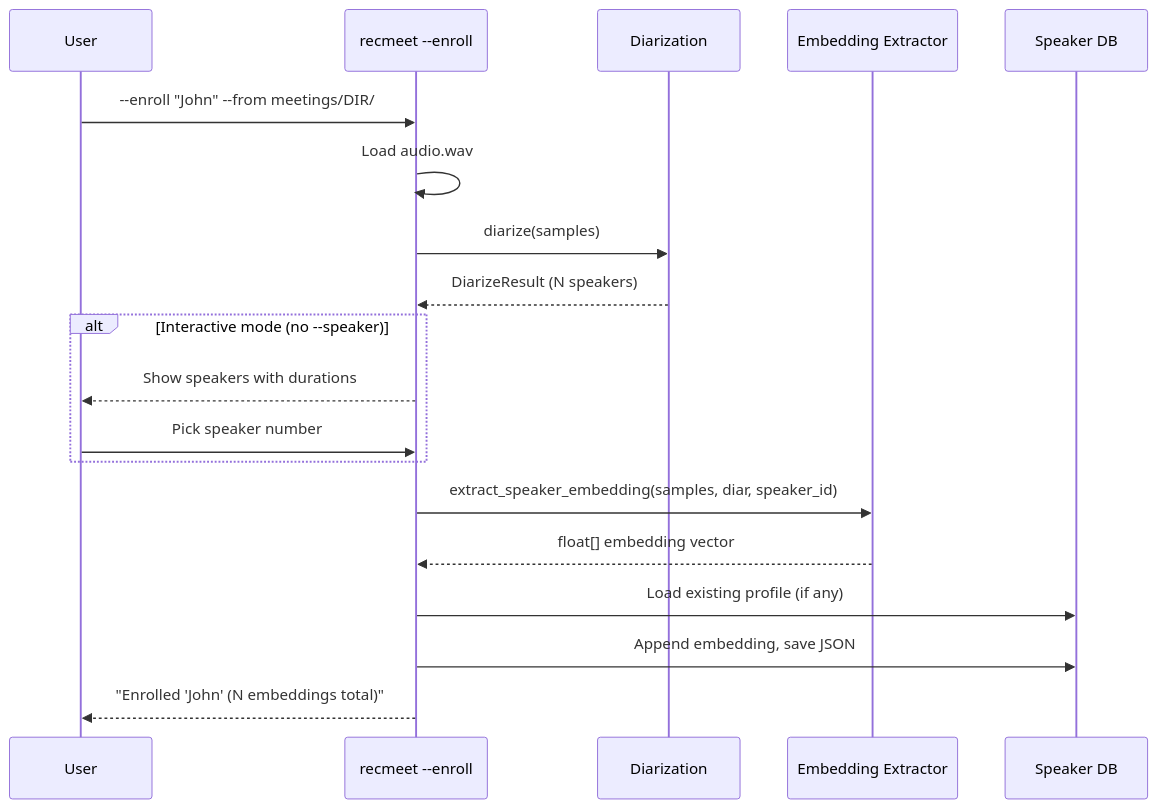
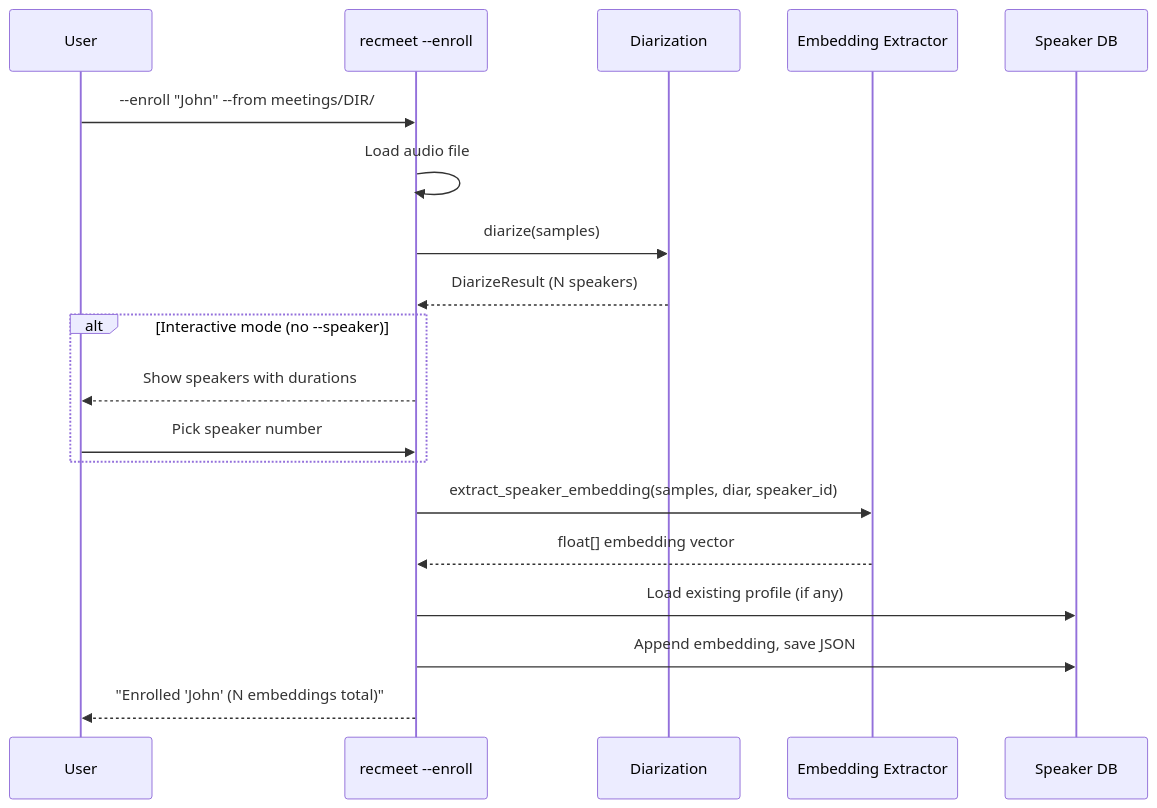
Before and after one commit to suykerbuyk/recmeet: the fourth of 10 diagrams in docs/ARCHITECTURE.md, drawn with Mermaid. The commit also changed other lines of this file and 9 other files, not shown here.

First line of the commit message:
feat: timestamped audio filenames — audio.wav → audio_YYYY-MM-DD_HH-MM.wav

````diff
--- a/docs/ARCHITECTURE.md
+++ b/docs/ARCHITECTURE.md
@@ -266,25 +266,25 @@
 ```mermaid
 sequenceDiagram
     participant U as User
     participant CLI as recmeet --enroll
     participant D as Diarization
     participant E as Embedding Extractor
     participant DB as Speaker DB
 
     U->>CLI: --enroll "John" --from meetings/DIR/
-    CLI->>CLI: Load audio.wav
+    CLI->>CLI: Load audio file
     CLI->>D: diarize(samples)
     D-->>CLI: DiarizeResult (N speakers)
 
     alt Interactive mode (no --speaker)
         CLI-->>U: Show speakers with durations
         U->>CLI: Pick speaker number
     end
 
     CLI->>E: extract_speaker_embedding(samples, diar, speaker_id)
     E-->>CLI: float[] embedding vector
 
     CLI->>DB: Load existing profile (if any)
     CLI->>DB: Append embedding, save JSON
     CLI-->>U: "Enrolled 'John' (N embeddings total)"
 ```
````
